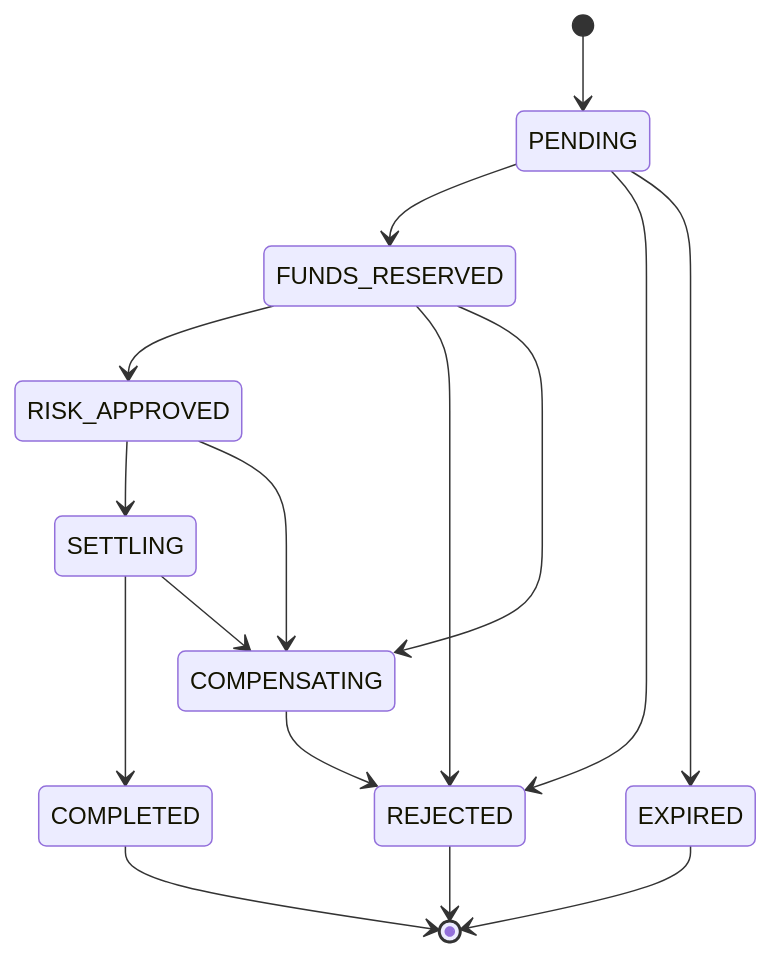
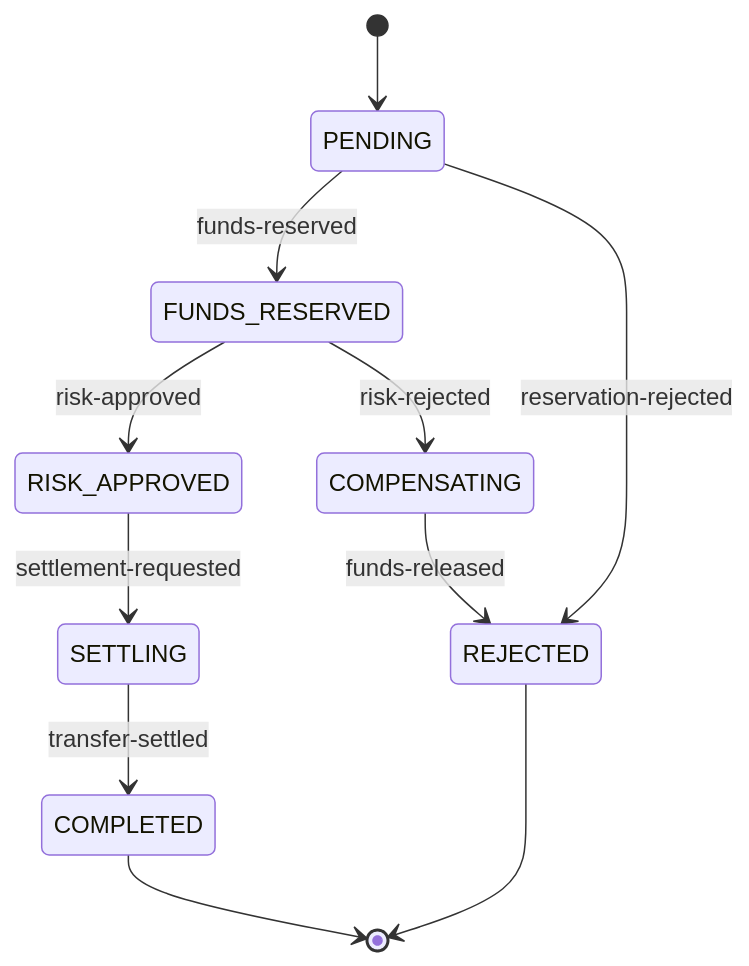
The diagram in docs/services/transfer-service.md (ogzkaann/ledgerflow-banking-platform), drawn with Mermaid before and after one commit. The commit also changed other lines of this file and 12 other files, not shown here.

````diff
--- a/docs/services/transfer-service.md
+++ b/docs/services/transfer-service.md
@@ -13,18 +26,13 @@
 ```mermaid
 stateDiagram-v2
     [*] --> PENDING
-    PENDING --> FUNDS_RESERVED
-    PENDING --> REJECTED
-    PENDING --> EXPIRED
-    FUNDS_RESERVED --> RISK_APPROVED
-    FUNDS_RESERVED --> REJECTED
-    FUNDS_RESERVED --> COMPENSATING
-    RISK_APPROVED --> SETTLING
-    RISK_APPROVED --> COMPENSATING
-    SETTLING --> COMPLETED
-    SETTLING --> COMPENSATING
-    COMPENSATING --> REJECTED
+    PENDING --> FUNDS_RESERVED: funds-reserved
+    PENDING --> REJECTED: reservation-rejected
+    FUNDS_RESERVED --> RISK_APPROVED: risk-approved
+    FUNDS_RESERVED --> COMPENSATING: risk-rejected
+    RISK_APPROVED --> SETTLING: settlement-requested
+    SETTLING --> COMPLETED: transfer-settled
+    COMPENSATING --> REJECTED: funds-released
     COMPLETED --> [*]
     REJECTED --> [*]
-    EXPIRED --> [*]
 ```
````
